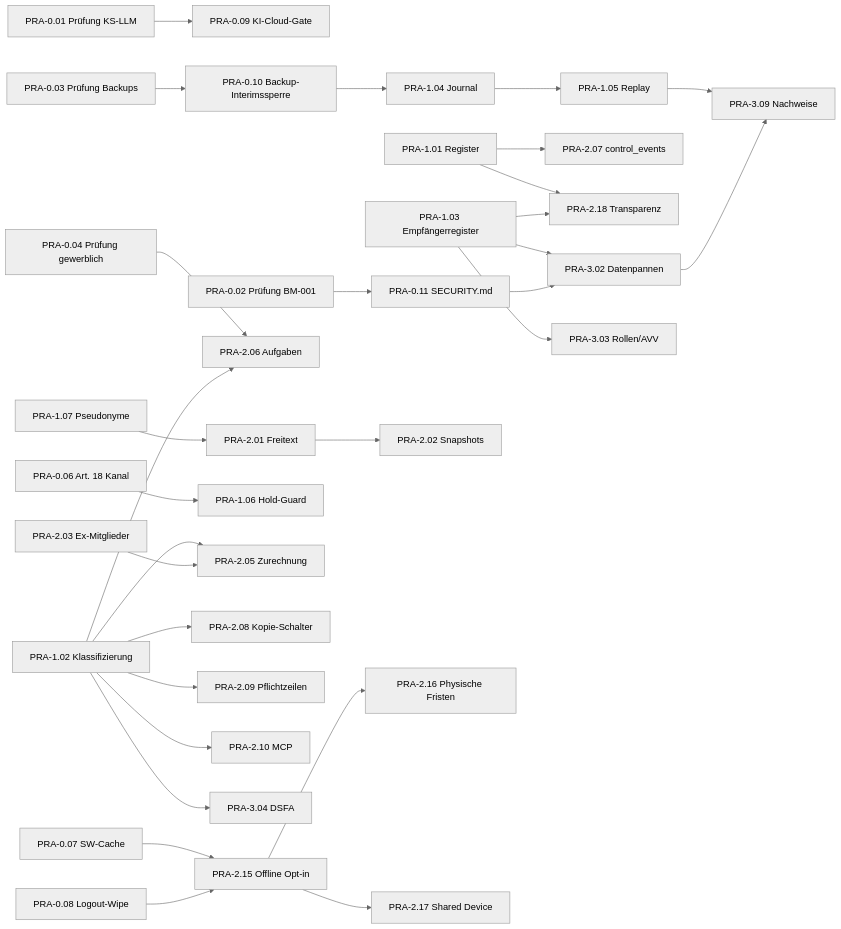
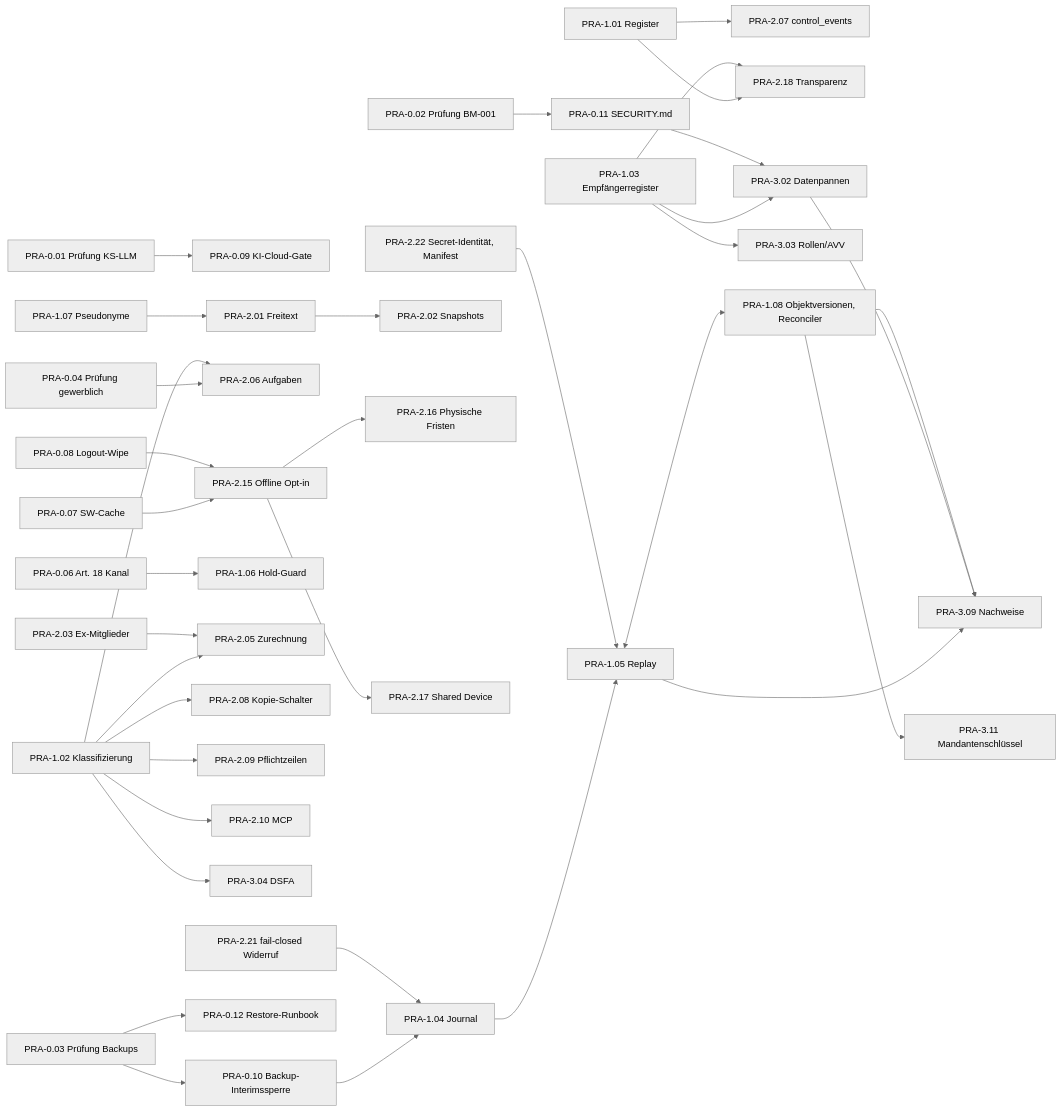
The second of 2 diagrams in spec/privacy/12-implementation-roadmap.md (nolte/kamerplanter), drawn with Mermaid (neutral theme) before and after one commit. The commit also changed other lines of this file and 13 other files, not shown here.

First line of the commit message:
docs(privacy): add privacy recovery architecture for backup and restore (SPEC-17)

````diff
--- a/spec/privacy/12-implementation-roadmap.md
+++ b/spec/privacy/12-implementation-roadmap.md
@@ -493,31 +539,37 @@
 ```mermaid
 flowchart LR
     P001["PRA-0.01 Prüfung KS-LLM"] --> P009["PRA-0.09 KI-Cloud-Gate"]
     P003["PRA-0.03 Prüfung Backups"] --> P010["PRA-0.10 Backup-Interimssperre"]
     P002["PRA-0.02 Prüfung BM-001"] --> P011["PRA-0.11 SECURITY.md"]
     P004["PRA-0.04 Prüfung gewerblich"] --> P206["PRA-2.06 Aufgaben"]
     P007["PRA-0.07 SW-Cache"] --> P215["PRA-2.15 Offline Opt-in"]
     P008["PRA-0.08 Logout-Wipe"] --> P215
     P006["PRA-0.06 Art. 18 Kanal"] --> P106["PRA-1.06 Hold-Guard"]
     P010 --> P104["PRA-1.04 Journal"]
     P104 --> P105["PRA-1.05 Replay"]
     P101["PRA-1.01 Register"] --> P207["PRA-2.07 control_events"]
     P101 --> P218["PRA-2.18 Transparenz"]
     P103["PRA-1.03 Empfängerregister"] --> P218
     P102["PRA-1.02 Klassifizierung"] --> P205["PRA-2.05 Zurechnung"]
     P102 --> P206
     P102 --> P208["PRA-2.08 Kopie-Schalter"]
     P102 --> P209["PRA-2.09 Pflichtzeilen"]
     P102 --> P210["PRA-2.10 MCP"]
     P102 --> P304["PRA-3.04 DSFA"]
     P107["PRA-1.07 Pseudonyme"] --> P201["PRA-2.01 Freitext"]
     P201 --> P202["PRA-2.02 Snapshots"]
     P203["PRA-2.03 Ex-Mitglieder"] --> P205
     P215 --> P216["PRA-2.16 Physische Fristen"]
     P215 --> P217["PRA-2.17 Shared Device"]
     P103 --> P302["PRA-3.02 Datenpannen"]
     P011 --> P302
     P103 --> P303["PRA-3.03 Rollen/AVV"]
     P105 --> P309["PRA-3.09 Nachweise"]
     P302 --> P309
+    P003 --> P012["PRA-0.12 Restore-Runbook"]
+    P221["PRA-2.21 fail-closed Widerruf"] --> P104
+    P222["PRA-2.22 Secret-Identität, Manifest"] --> P105
+    P105 <--> P108["PRA-1.08 Objektversionen, Reconciler"]
+    P108 --> P309
+    P108 --> P311["PRA-3.11 Mandantenschlüssel"]
 ```
````
